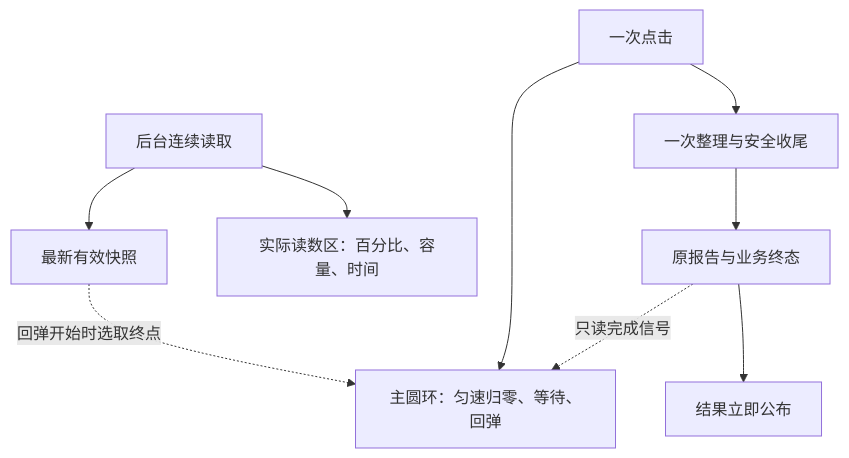
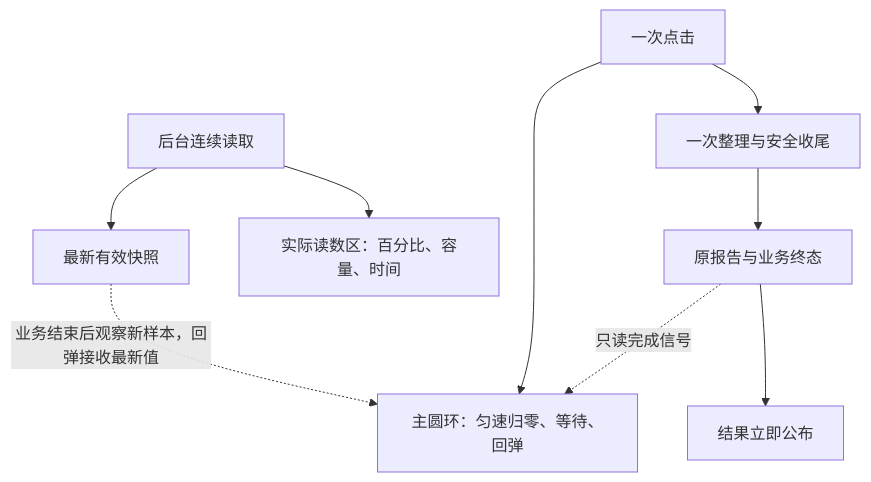
One commit to DreamSoul-AI/cpu-memory-cleanup changed diagram 11 of 16 in docs/架构设计 Architecture Design CPU 内存清理.md. Above: the diagram before and after it, drawn with Mermaid. The commit also changed other lines of this file and 7 other files, not shown here.

````diff
--- a/docs/架构设计 Architecture Design CPU 内存清理.md
+++ b/docs/架构设计 Architecture Design CPU 内存清理.md
@@ -492,11 +492,11 @@
 ```mermaid
 flowchart TB
     OBS["后台连续读取"] --> ACTUAL["实际读数区：百分比、容量、时间"]
     OBS --> CACHE["最新有效快照"]
     USER["一次点击"] --> JOB["一次整理与安全收尾"]
     USER --> VISUAL["主圆环：匀速归零、等待、回弹"]
     JOB --> REPORT["原报告与业务终态"]
     REPORT --> RESULT["结果立即公布"]
     REPORT -."只读完成信号".-> VISUAL
-    CACHE -."回弹开始时选取终点".-> VISUAL
+    CACHE -."业务结束后观察新样本，回弹接收最新值".-> VISUAL
 ```
````
